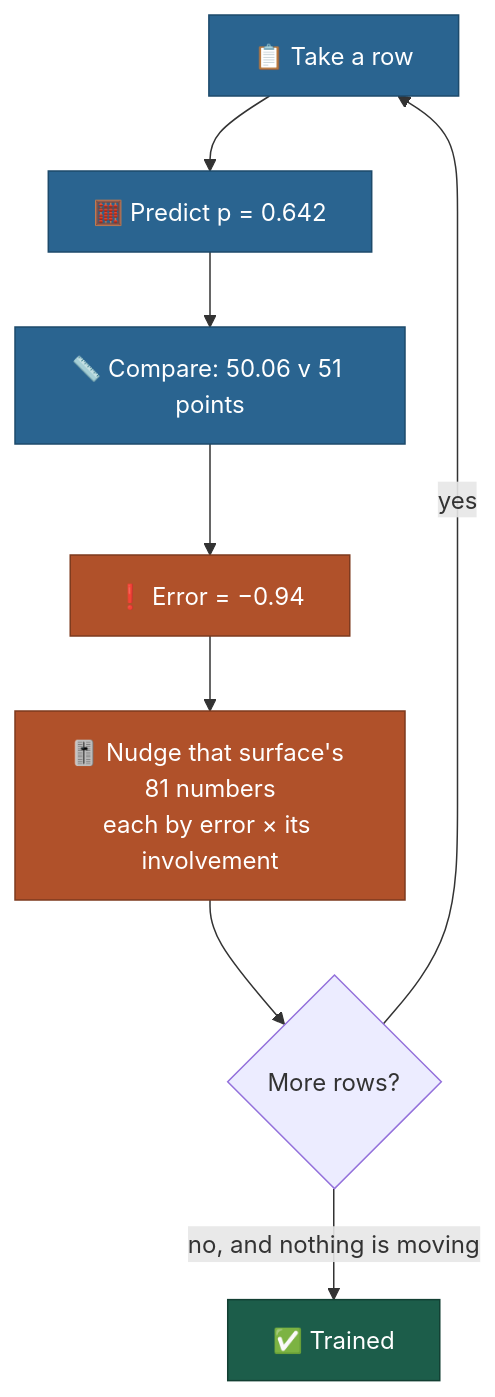
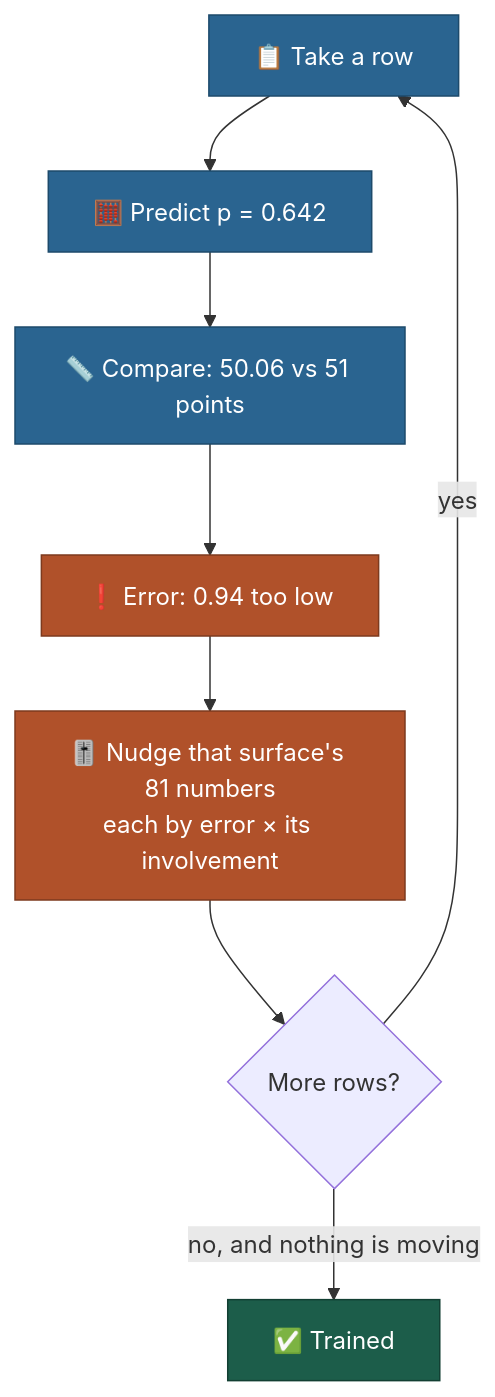
The fifth of 7 diagrams in README.md (MacMac2070/atp-tennis-simulator), drawn with Mermaid before and after one commit. The commit also changed other lines of this file and 44 other files, not shown here.

````diff
--- a/README.md
+++ b/README.md
@@ -225,17 +227,17 @@
 ```mermaid
 flowchart TD
     A["📋 Take a row"] --> B["🧮 Predict p = 0.642"]
-    B --> C["📏 Compare: 50.06 v 51 points"]
-    C --> D["❗ Error = −0.94"]
+    B --> C["📏 Compare: 50.06 vs 51 points"]
+    C --> D["❗ Error: 0.94 too low"]
     D --> E["🎚️ Nudge that surface's 81 numbers<br/>each by error × its involvement"]
     E --> F{"More rows?"}
     F -->|"yes"| A
     F -->|"no, and nothing is moving"| G["✅ Trained"]
 
     classDef step fill:#2a6490,stroke:#1d4a6b,color:#fff
     classDef err fill:#b0512a,stroke:#7d3a1e,color:#fff
     classDef done fill:#1c5d4a,stroke:#123f32,color:#fff
     class A,B,C step
     class D,E err
     class G done
 ```
````
